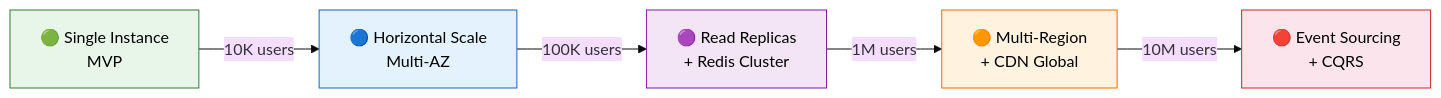
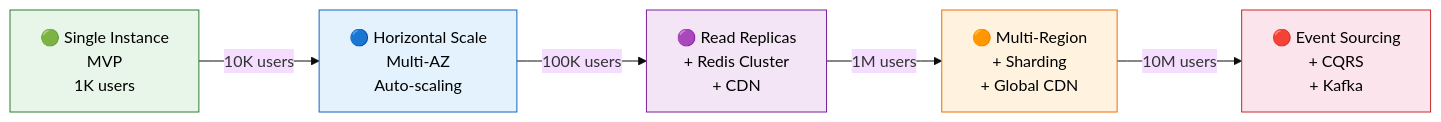
Diagram 21 of 33 in README.md (harib8000/wed), drawn with Mermaid (base theme) before and after one commit. The commit also changed other lines of this file and 11 other files, not shown here.

First line of the commit message:
docs: world-class golden standard README — 3563 lines, 33 mermaid diagrams, 35 sections, 111 sub-headings

````diff
--- a/README.md
+++ b/README.md
@@ -1214,13 +1955,13 @@
 ```mermaid
 flowchart LR
-    A["🟢 Single Instance<br/>MVP"] -->|10K users| B["🔵 Horizontal Scale<br/>Multi-AZ"]
-    B -->|100K users| C["🟣 Read Replicas<br/>+ Redis Cluster"]
-    C -->|1M users| D["🟠 Multi-Region<br/>+ CDN Global"]
-    D -->|10M users| E["🔴 Event Sourcing<br/>+ CQRS"]
+    A["🟢 Single Instance<br/>MVP<br/>1K users"] -->|10K users| B["🔵 Horizontal Scale<br/>Multi-AZ<br/>Auto-scaling"]
+    B -->|100K users| C["🟣 Read Replicas<br/>+ Redis Cluster<br/>+ CDN"]
+    C -->|1M users| D["🟠 Multi-Region<br/>+ Sharding<br/>+ Global CDN"]
+    D -->|10M users| E["🔴 Event Sourcing<br/>+ CQRS<br/>+ Kafka"]
 
     style A fill:#e8f5e9,stroke:#2e7d32,color:#000
     style B fill:#e3f2fd,stroke:#1565c0,color:#000
     style C fill:#f3e5f5,stroke:#7b1fa2,color:#000
     style D fill:#fff3e0,stroke:#ef6c00,color:#000
     style E fill:#fce4ec,stroke:#c62828,color:#000
 ```
````
